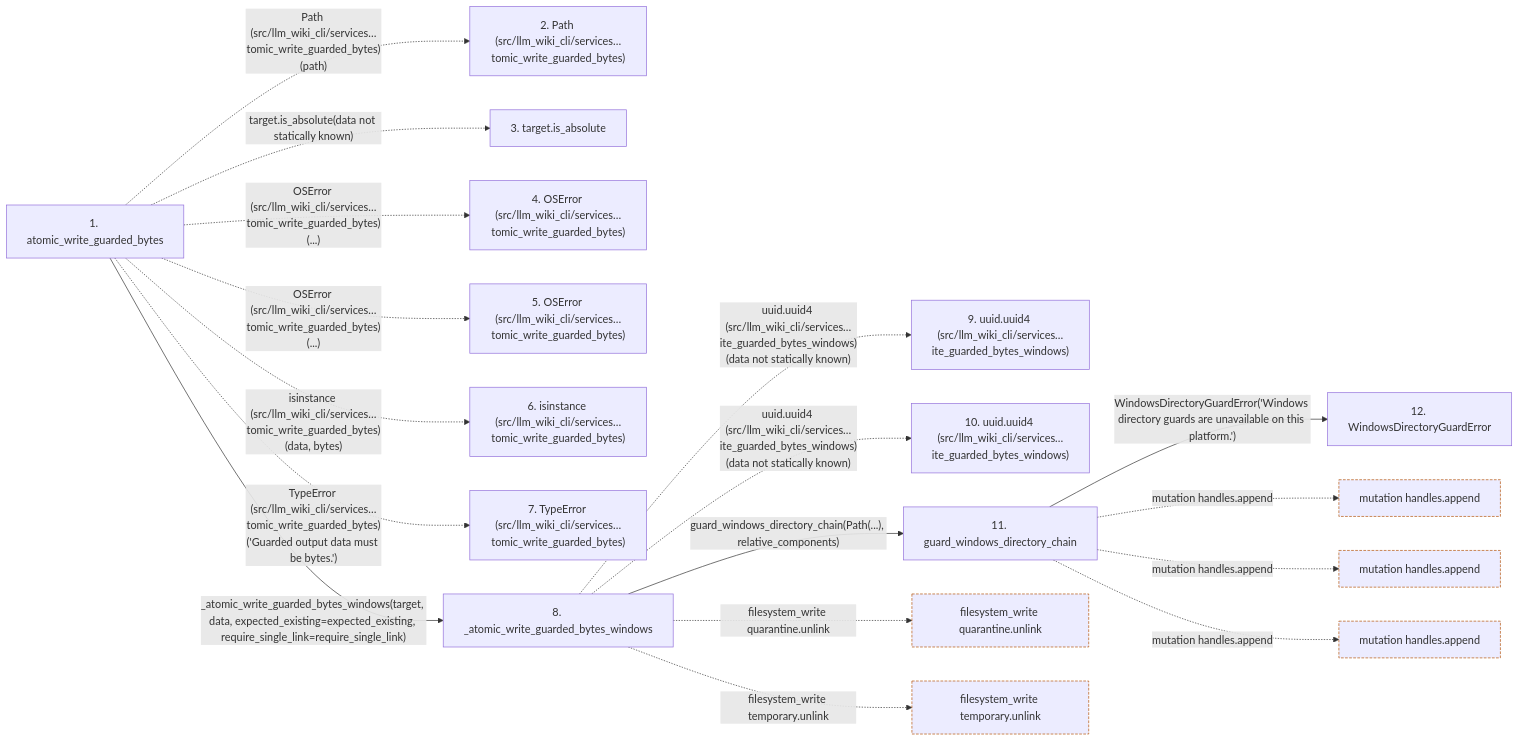
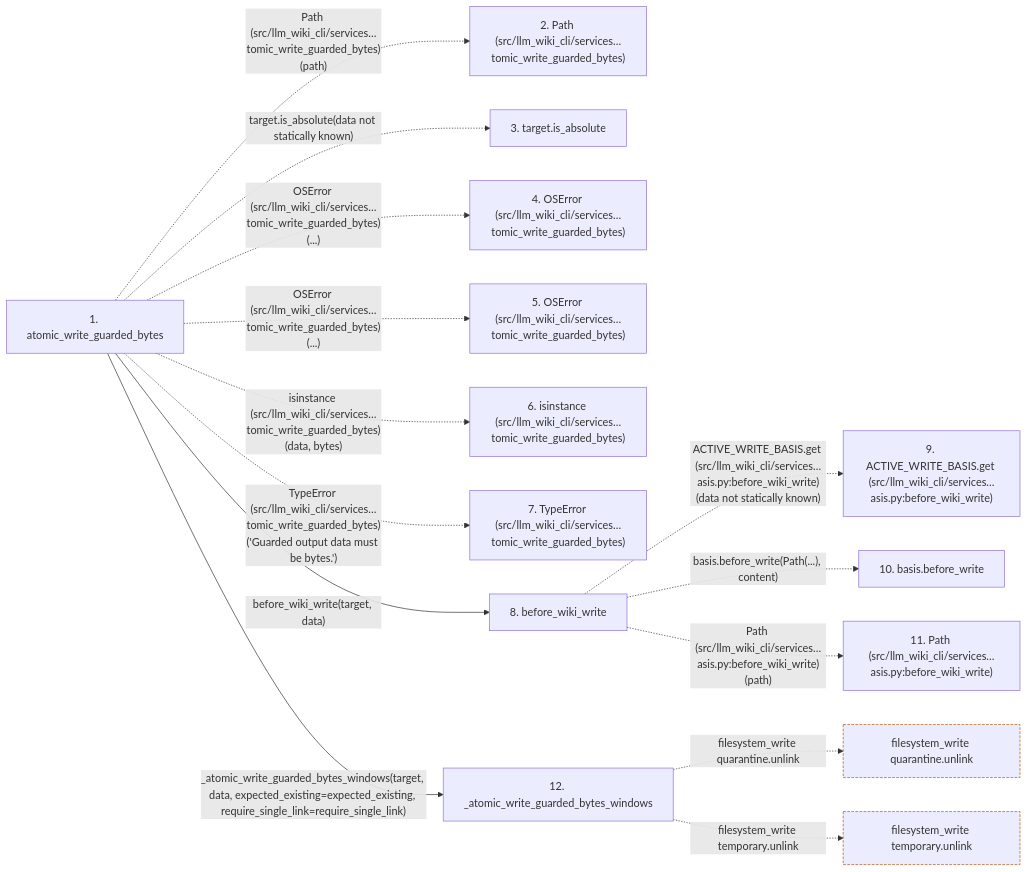
Before and after one commit to Denissvgn/python-wiki-llm: the second of 2 diagrams in docs/llm_wiki/flows/api-atomic_write_guarded_bytes.md, drawn with Mermaid. The commit also changed other lines of this file and 1410 other files, not shown here.

````diff
--- a/docs/llm_wiki/flows/api-atomic_write_guarded_bytes.md
+++ b/docs/llm_wiki/flows/api-atomic_write_guarded_bytes.md
@@ -76,46 +96,36 @@
 ```mermaid
 flowchart LR
     s1["1. atomic_write_guarded_bytes"]
     s2["2. Path (src/llm_wiki_cli/services…tomic_write_guarded_bytes)"]
     s3["3. target.is_absolute"]
     s4["4. OSError (src/llm_wiki_cli/services…tomic_write_guarded_bytes)"]
     s5["5. OSError (src/llm_wiki_cli/services…tomic_write_guarded_bytes)"]
     s6["6. isinstance (src/llm_wiki_cli/services…tomic_write_guarded_bytes)"]
     s7["7. TypeError (src/llm_wiki_cli/services…tomic_write_guarded_bytes)"]
-    s8["8. _atomic_write_guarded_bytes_windows"]
-    s9["9. uuid.uuid4 (src/llm_wiki_cli/services…ite_guarded_bytes_windows)"]
-    s10["10. uuid.uuid4 (src/llm_wiki_cli/services…ite_guarded_bytes_windows)"]
-    s11["11. guard_windows_directory_chain"]
-    s12["12. WindowsDirectoryGuardError"]
+    s8["8. before_wiki_write"]
+    s9["9. ACTIVE_WRITE_BASIS.get (src/llm_wiki_cli/services…asis.py:before_wiki_write)"]
+    s10["10. basis.before_write"]
+    s11["11. Path (src/llm_wiki_cli/services…asis.py:before_wiki_write)"]
+    s12["12. _atomic_write_guarded_bytes_windows"]
     s1 -. "Path (src/llm_wiki_cli/services…tomic_write_guarded_bytes)(path)" .-> s2
     s1 -. "target.is_absolute(data not statically known)" .-> s3
     s1 -. "OSError (src/llm_wiki_cli/services…tomic_write_guarded_bytes)(...)" .-> s4
     s1 -. "OSError (src/llm_wiki_cli/services…tomic_write_guarded_bytes)(...)" .-> s5
     s1 -. "isinstance (src/llm_wiki_cli/services…tomic_write_guarded_bytes)(data, bytes)" .-> s6
     s1 -. "TypeError (src/llm_wiki_cli/services…tomic_write_guarded_bytes)('Guarded output data must be bytes.')" .-> s7
-    s1 -->|"_atomic_write_guarded_bytes_windows(target, data, expected_existing=expected_existing, require_single_link=require_single_link)"| s8
-    s8 -. "uuid.uuid4 (src/llm_wiki_cli/services…ite_guarded_bytes_windows)(data not statically known)" .-> s9
-    s8 -. "uuid.uuid4 (src/llm_wiki_cli/services…ite_guarded_bytes_windows)(data not statically known)" .-> s10
-    s8 -->|"guard_windows_directory_chain(Path(...), relative_components)"| s11
-    s11 -->|"WindowsDirectoryGuardError('Windows directory guards are unavailable on this platform.')"| s12
+    s1 -->|"before_wiki_write(target, data)"| s8
+    s8 -. "ACTIVE_WRITE_BASIS.get (src/llm_wiki_cli/services…asis.py:before_wiki_write)(data not statically known)" .-> s9
+    s8 -. "basis.before_write(Path(...), content)" .-> s10
+    s8 -. "Path (src/llm_wiki_cli/services…asis.py:before_wiki_write)(path)" .-> s11
+    s1 -->|"_atomic_write_guarded_bytes_windows(target, data, expected_existing=expected_existing, require_single_link=require_single_link)"| s12
     b0["filesystem_write quarantine.unlink"]
-    s8 -. "filesystem_write quarantine.unlink" .-> b0
+    s12 -. "filesystem_write quarantine.unlink" .-> b0
     b1["filesystem_write temporary.unlink"]
-    s8 -. "filesystem_write temporary.unlink" .-> b1
-    b2["mutation handles.append"]
-    s11 -. "mutation handles.append" .-> b2
-    b3["mutation handles.append"]
-    s11 -. "mutation handles.append" .-> b3
-    b4["mutation handles.append"]
-    s11 -. "mutation handles.append" .-> b4
+    s12 -. "filesystem_write temporary.unlink" .-> b1
     click s1 "../modules/filesystem_guard.md"
-    click s8 "../modules/filesystem_guard.md"
-    click s11 "../modules/filesystem_guard.md"
+    click s8 "../modules/wiki_write_basis.md"
     click s12 "../modules/filesystem_guard.md"
     classDef boundary stroke:#b45309,stroke-dasharray: 4 2
     class b0 boundary
     class b1 boundary
-    class b2 boundary
-    class b3 boundary
-    class b4 boundary
 ```
````
